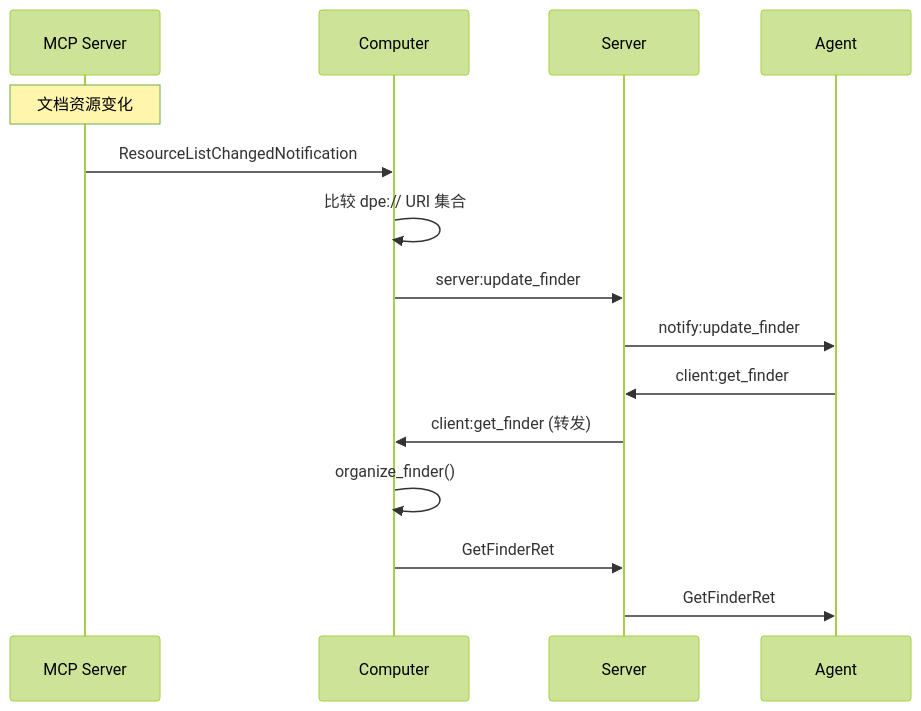
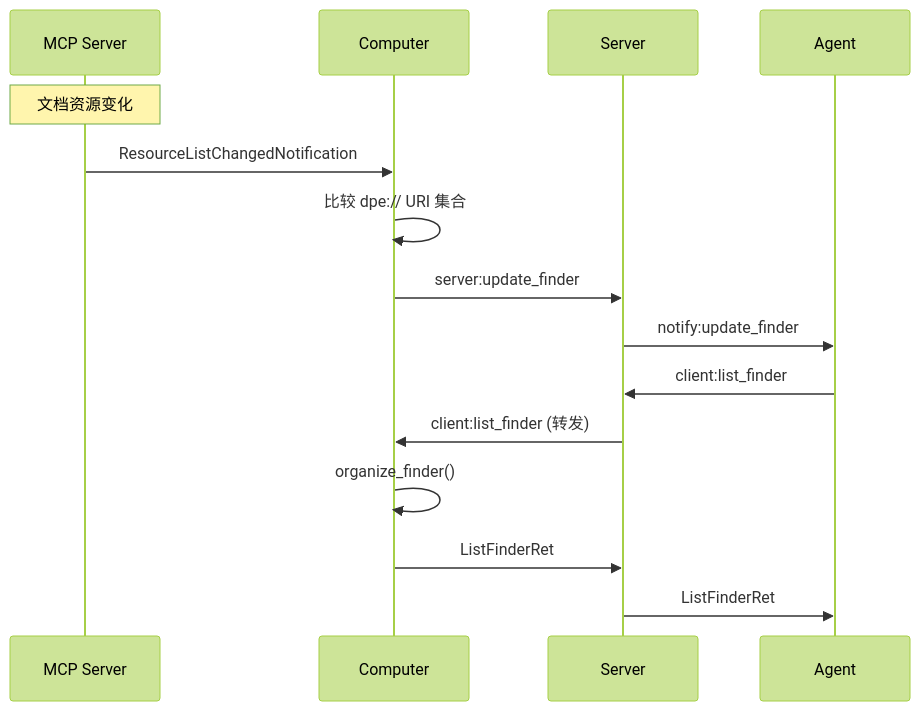
The fifth of 5 diagrams in docs/specification/events.md (A2C-SMCP/a2c-smcp-protocol), drawn with Mermaid (forest theme) before and after one commit. The commit also changed other lines of this file and 13 other files, not shown here.

````diff
--- a/docs/specification/events.md
+++ b/docs/specification/events.md
@@ -504,18 +587,18 @@
 ```mermaid
 sequenceDiagram
     participant M as MCP Server
     participant C as Computer
     participant S as Server
     participant A as Agent
 
     Note over M: 文档资源变化
     M->>C: ResourceListChangedNotification
     C->>C: 比较 dpe:// URI 集合
     C->>S: server:update_finder
     S->>A: notify:update_finder
-    A->>S: client:get_finder
-    S->>C: client:get_finder (转发)
+    A->>S: client:list_finder
+    S->>C: client:list_finder (转发)
     C->>C: organize_finder()
-    C->>S: GetFinderRet
-    S->>A: GetFinderRet
+    C->>S: ListFinderRet
+    S->>A: ListFinderRet
 ```
````
